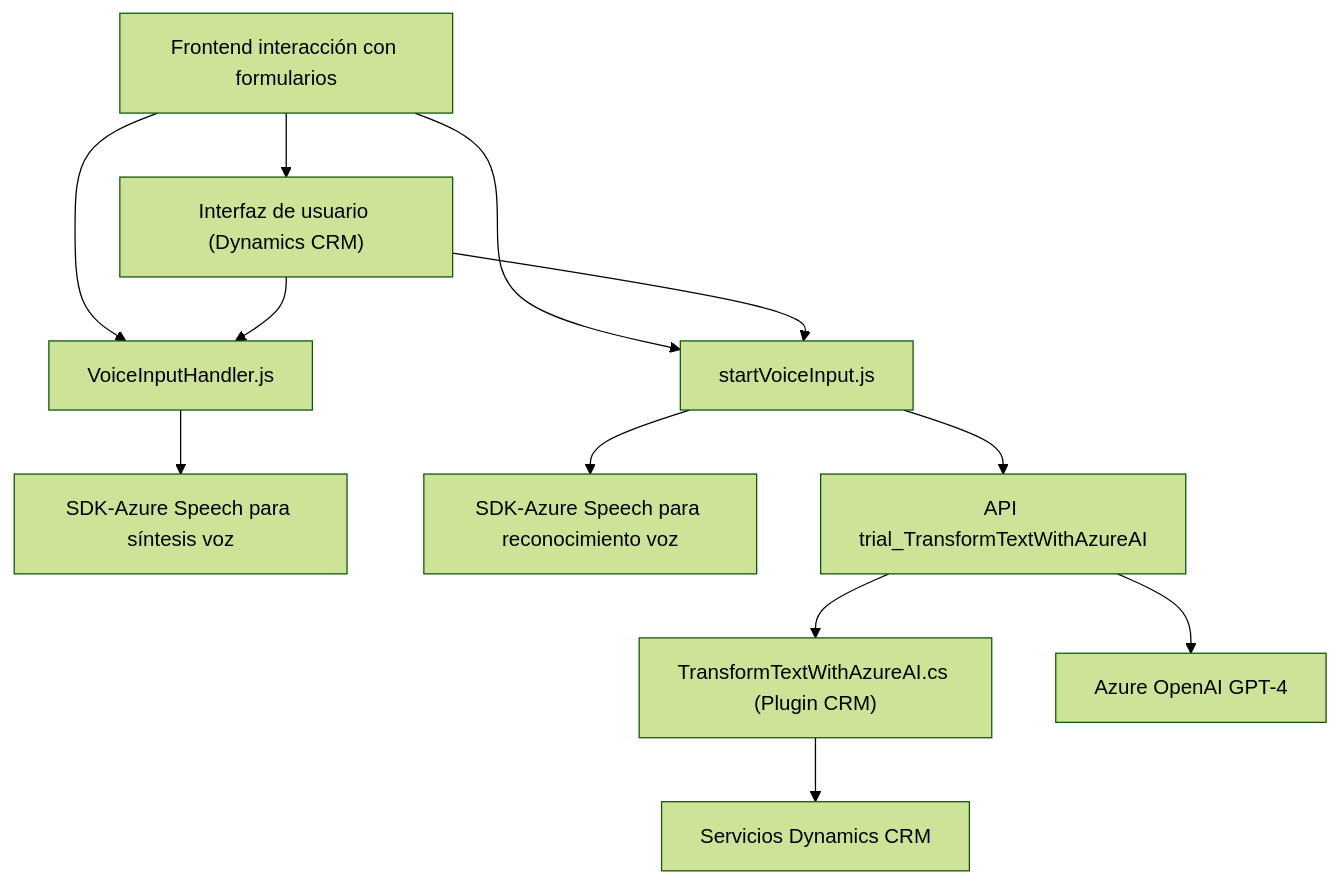
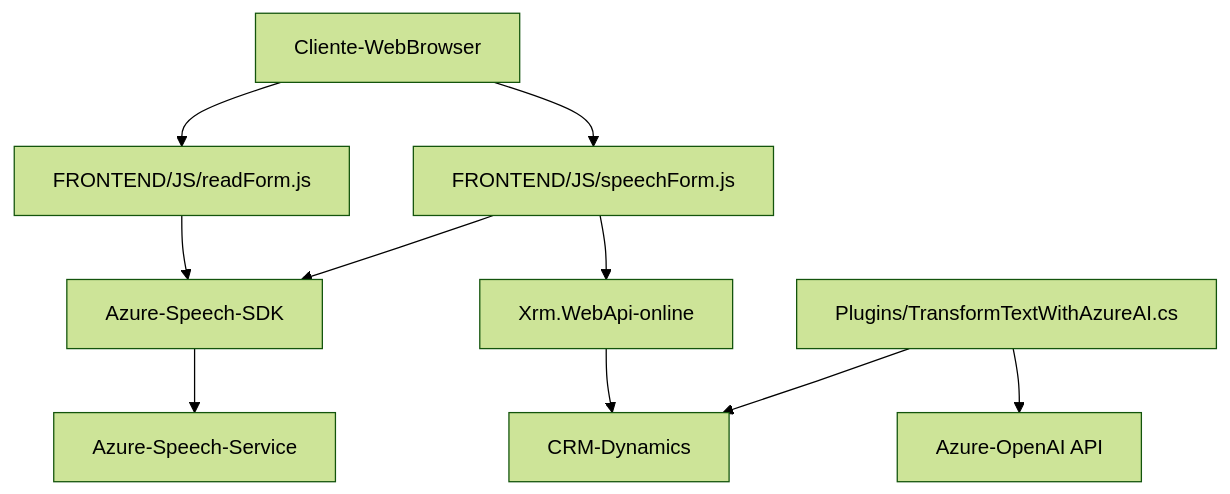
The diagram in README.md (blopezdm/NETCORE_BILBAO2025), drawn with Mermaid (forest theme) before and after one commit. The commit also changed other lines of this file, not shown here.

Commit message:
Actualizar análisis global de la solución con IA

````diff
--- a/README.md
+++ b/README.md
@@ -39,15 +42,12 @@
 ```mermaid
 graph TD
-    A["Frontend interacción con formularios"] --> B["VoiceInputHandler.js"]
-    A --> C["startVoiceInput.js"]
-    B --> D["SDK-Azure Speech para síntesis voz"]
-    C --> E["SDK-Azure Speech para reconocimiento voz"]
-    C --> F["API trial_TransformTextWithAzureAI"]
-    F --> G["TransformTextWithAzureAI.cs (Plugin CRM)"]
-    G --> H["Servicios Dynamics CRM"]
-    F --> I["Azure OpenAI GPT-4"]
-
-    A --> J["Interfaz de usuario (Dynamics CRM)"]
-    J --> B
-    J --> C
+    A["Cliente-WebBrowser"] --> B["FRONTEND/JS/readForm.js"]
+    A --> C["FRONTEND/JS/speechForm.js"]
+    B --> D["Azure-Speech-SDK"]
+    C --> D
+    C --> E["Xrm.WebApi-online"]
+    D --> F["Azure-Speech-Service"]
+    G["Plugins/TransformTextWithAzureAI.cs"] --> H["CRM-Dynamics"]
+    G --> I["Azure-OpenAI API"]
+    E --> H
 ```
````
